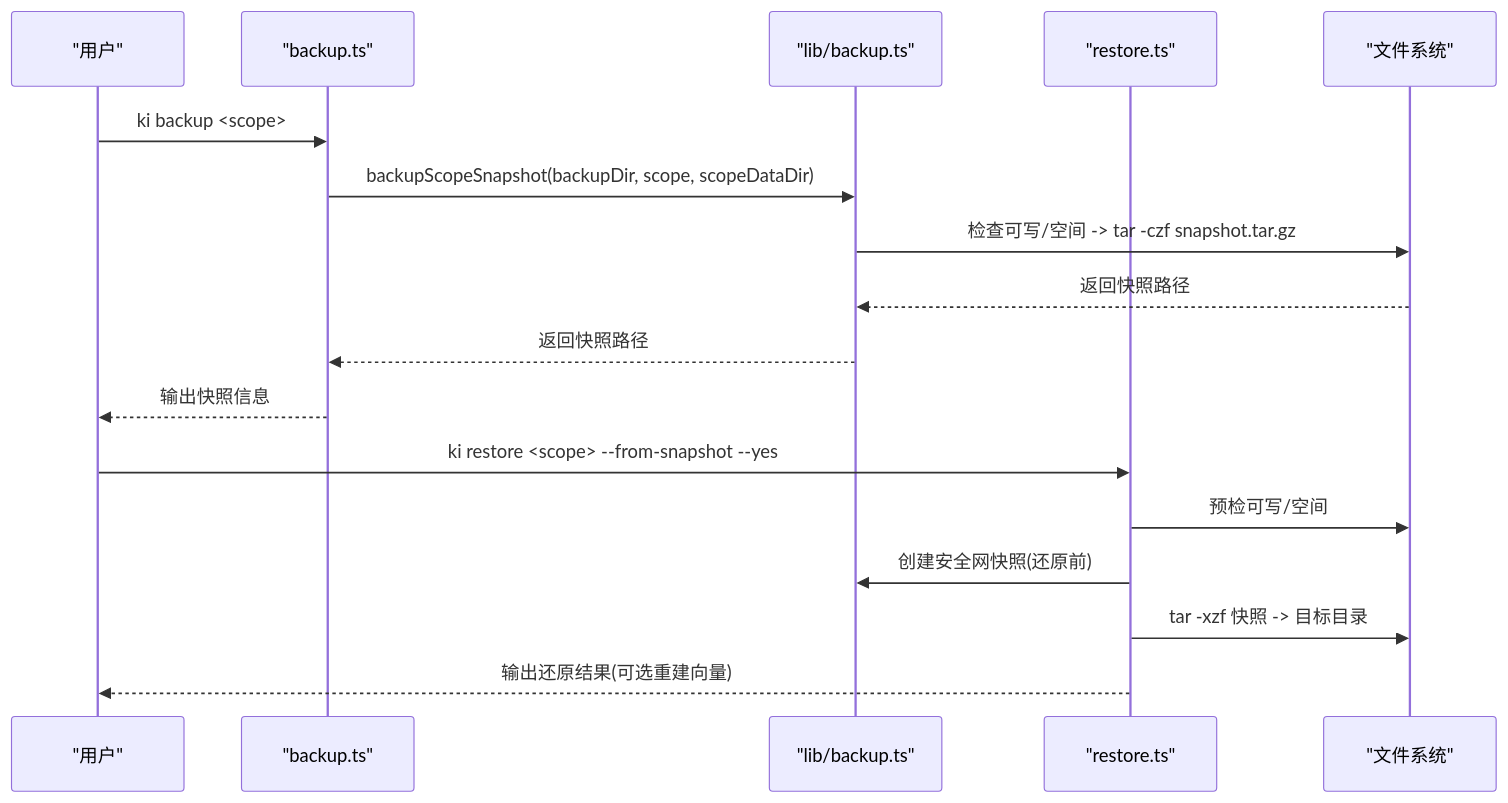
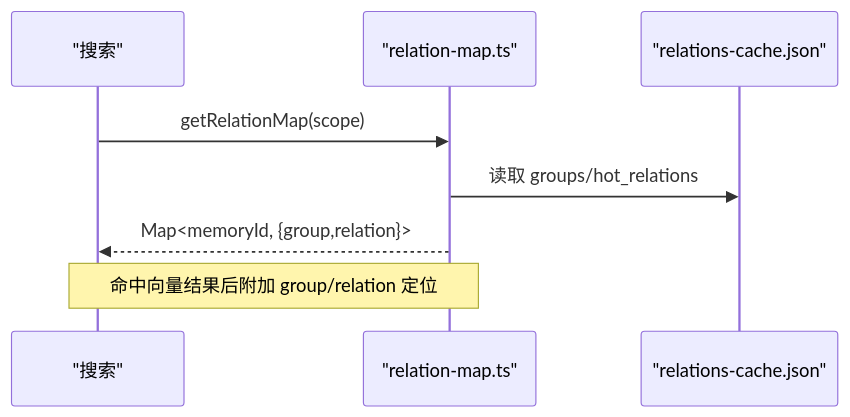
One commit to HACK-WU/kisearch changed the fifth of 6 diagrams in .qoder/repowiki/zh/content/知识库管理/知识库管理.md. Above: the diagram before and after it, drawn with Mermaid. The commit also changed other lines of this file and 623 other files, not shown here.

````diff
--- a/.qoder/repowiki/zh/content/知识库管理/知识库管理.md
+++ b/.qoder/repowiki/zh/content/知识库管理/知识库管理.md
@@ -155,19 +197,10 @@
 ```mermaid
 sequenceDiagram
-participant U as "用户"
-participant BK as "backup.ts"
-participant LB as "lib/backup.ts"
-participant RS as "restore.ts"
-participant FS as "文件系统"
-U->>BK : ki backup <scope>
-BK->>LB : backupScopeSnapshot(backupDir, scope, scopeDataDir)
-LB->>FS : 检查可写/空间 -> tar -czf snapshot.tar.gz
-FS-->>LB : 返回快照路径
-LB-->>BK : 返回快照路径
-BK-->>U : 输出快照信息
-U->>RS : ki restore <scope> --from-snapshot --yes
-RS->>FS : 预检可写/空间
-RS->>LB : 创建安全网快照(还原前)
-RS->>FS : tar -xzf 快照 -> 目标目录
-RS-->>U : 输出还原结果(可选重建向量)
+participant S as "搜索"
+participant R as "relation-map.ts"
+participant RC as "relations-cache.json"
+S->>R : getRelationMap(scope)
+R->>RC : 读取 groups/hot_relations
+R-->>S : Map<memoryId, {group,relation}>
+Note over S,R : 命中向量结果后附加 group/relation 定位
 ```
````
